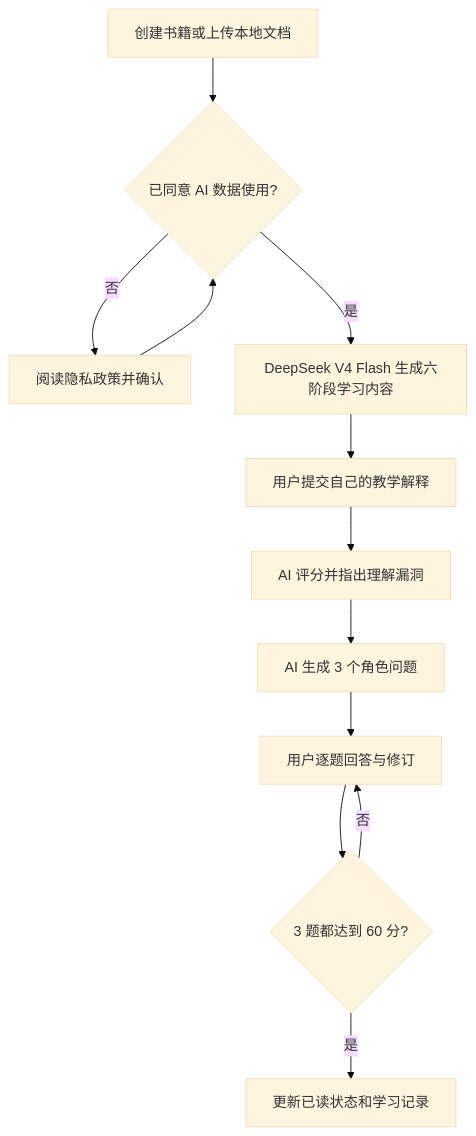
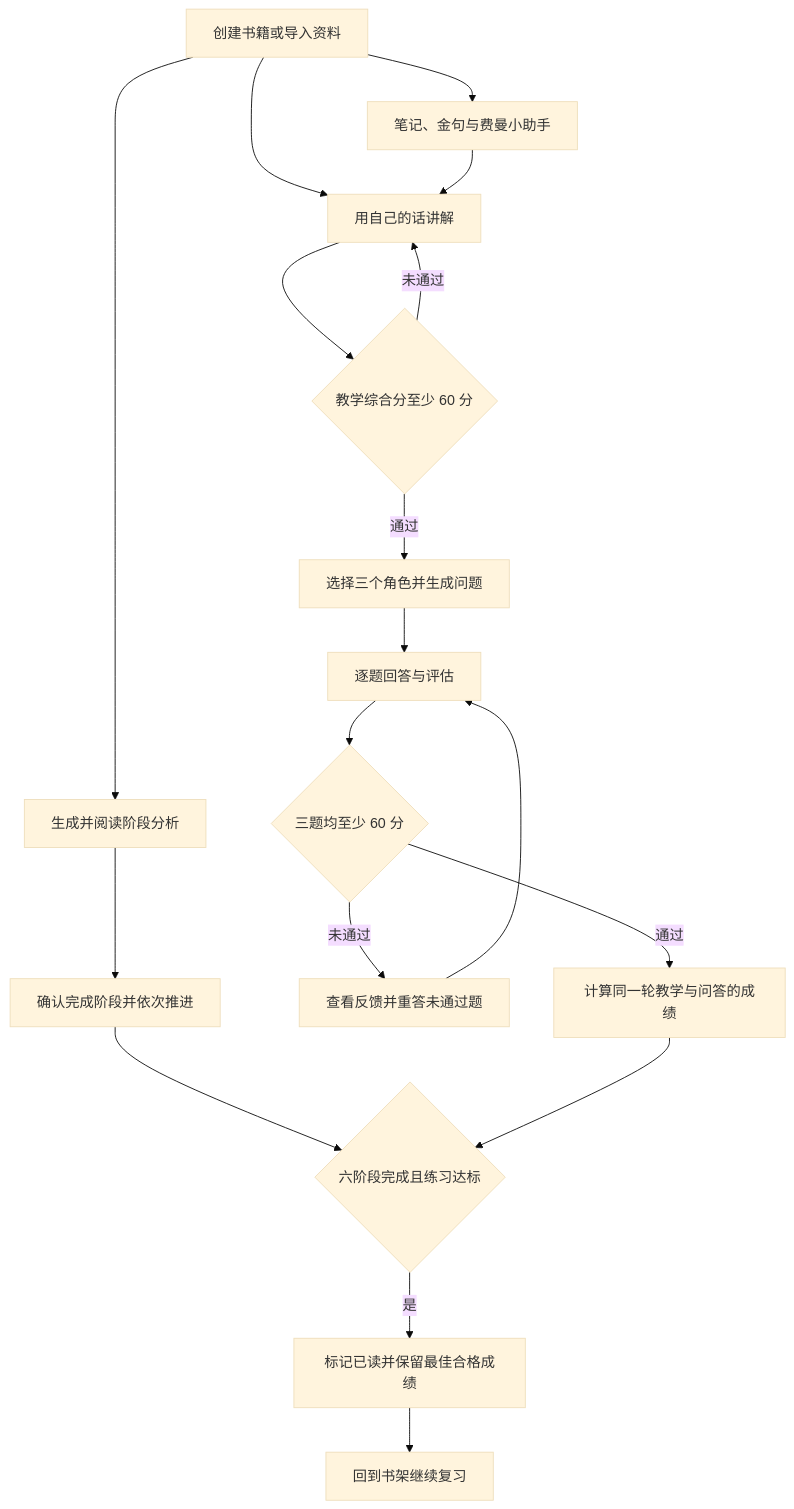
The first of 2 diagrams in README.md (HachikoJ/Feynman-Reader), drawn with Mermaid (base theme) before and after one commit. The commit also changed other lines of this file and 13 other files, not shown here.

````diff
--- a/README.md
+++ b/README.md
@@ -138,14 +89,20 @@
 ```mermaid
 flowchart TD
-  A[创建书籍或上传本地文档] --> B{已同意 AI 数据使用?}
-  B -- 否 --> C[阅读隐私政策并确认]
-  C --> B
-  B -- 是 --> D[DeepSeek V4 Flash 生成六阶段学习内容]
-  D --> E[用户提交自己的教学解释]
-  E --> F[AI 评分并指出理解漏洞]
-  F --> G[AI 生成 3 个角色问题]
-  G --> H[用户逐题回答与修订]
-  H --> I{3 题都达到 60 分?}
-  I -- 否 --> H
-  I -- 是 --> J[更新已读状态和学习记录]
+  A[创建书籍或导入资料] --> B[生成并阅读阶段分析]
+  B --> C[确认完成阶段并依次推进]
+  A --> D[用自己的话讲解]
+  D --> E{教学综合分至少 60 分}
+  E -- 未通过 --> D
+  E -- 通过 --> F[选择三个角色并生成问题]
+  F --> G[逐题回答与评估]
+  G --> H{三题均至少 60 分}
+  H -- 未通过 --> I[查看反馈并重答未通过题]
+  I --> G
+  H -- 通过 --> J[计算同一轮教学与问答的成绩]
+  C --> K{六阶段完成且练习达标}
+  J --> K
+  K -- 是 --> L[标记已读并保留最佳合格成绩]
+  A --> M[笔记、金句与费曼小助手]
+  M --> D
+  L --> N[回到书架继续复习]
 ```
````
